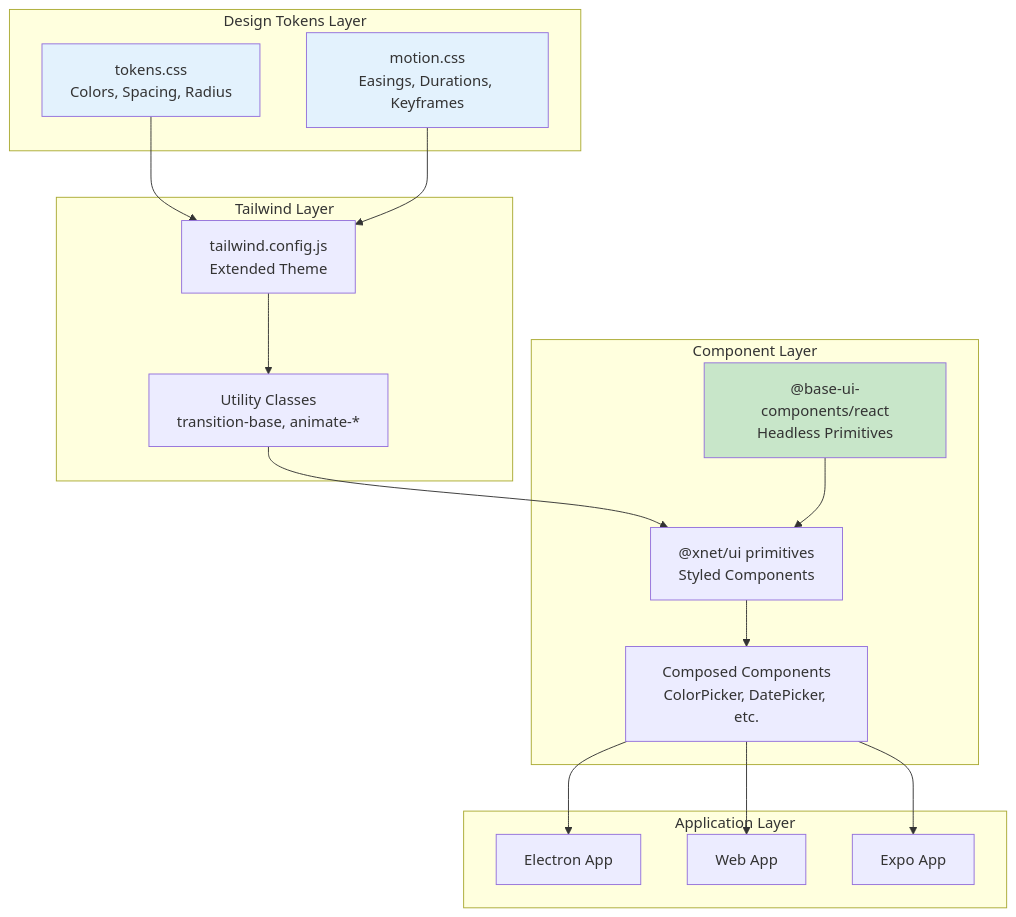
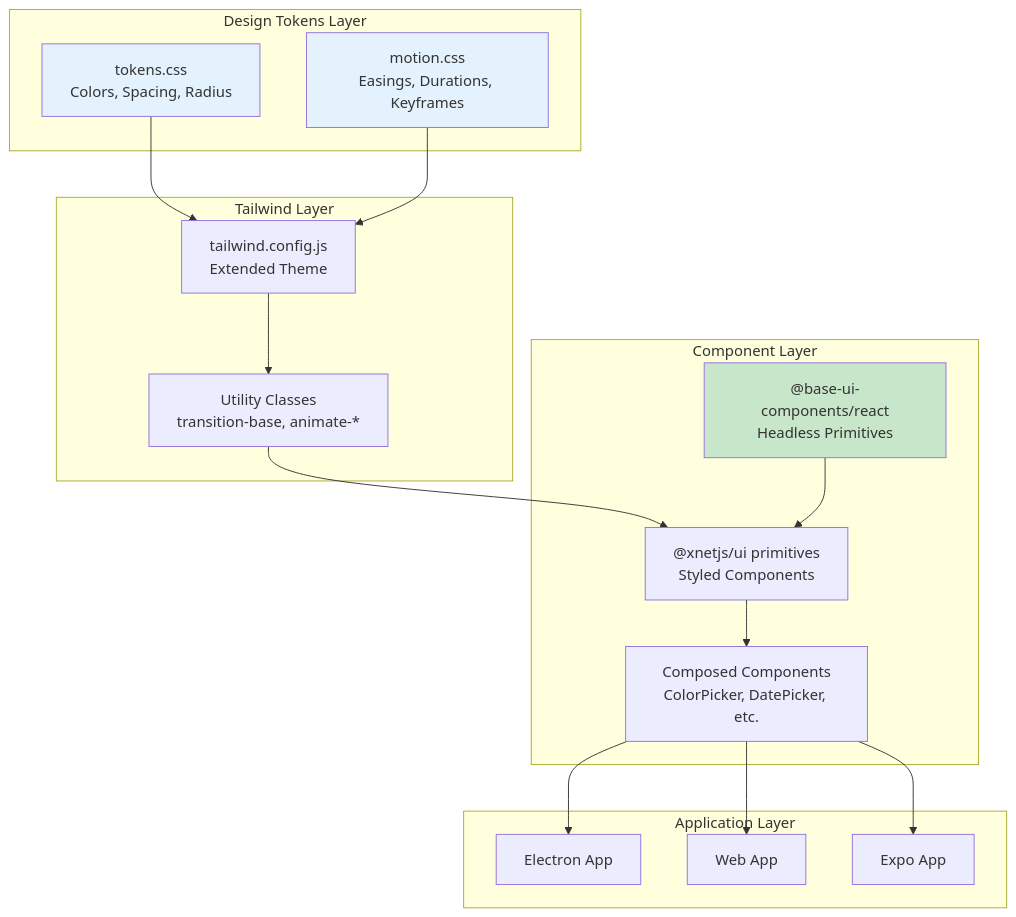
The second of 3 diagrams in docs/plans/plan03_9_6UISystem/README.md (crs48/xNet), drawn with Mermaid before and after one commit. The commit also changed 980 other files, not shown here.

````diff
--- a/docs/plans/plan03_9_6UISystem/README.md
+++ b/docs/plans/plan03_9_6UISystem/README.md
@@ -189,38 +189,38 @@
 ```mermaid
 flowchart TB
     subgraph "Design Tokens Layer"
         TOKENS["tokens.css<br/>Colors, Spacing, Radius"]
         MOTION["motion.css<br/>Easings, Durations, Keyframes"]
     end
 
     subgraph "Tailwind Layer"
         CONFIG["tailwind.config.js<br/>Extended Theme"]
         UTILS["Utility Classes<br/>transition-base, animate-*"]
     end
 
     subgraph "Component Layer"
         BASEUI["@base-ui-components/react<br/>Headless Primitives"]
-        PRIMITIVES["@xnet/ui primitives<br/>Styled Components"]
+        PRIMITIVES["@xnetjs/ui primitives<br/>Styled Components"]
         COMPOSED["Composed Components<br/>ColorPicker, DatePicker, etc."]
     end
 
     subgraph "Application Layer"
         ELECTRON["Electron App"]
         WEB["Web App"]
         EXPO["Expo App"]
     end
 
     TOKENS --> CONFIG
     MOTION --> CONFIG
     CONFIG --> UTILS
     UTILS --> PRIMITIVES
     BASEUI --> PRIMITIVES
     PRIMITIVES --> COMPOSED
     COMPOSED --> ELECTRON
     COMPOSED --> WEB
     COMPOSED --> EXPO
 
     style TOKENS fill:#e3f2fd
     style MOTION fill:#e3f2fd
     style BASEUI fill:#c8e6c9
 ```
````
